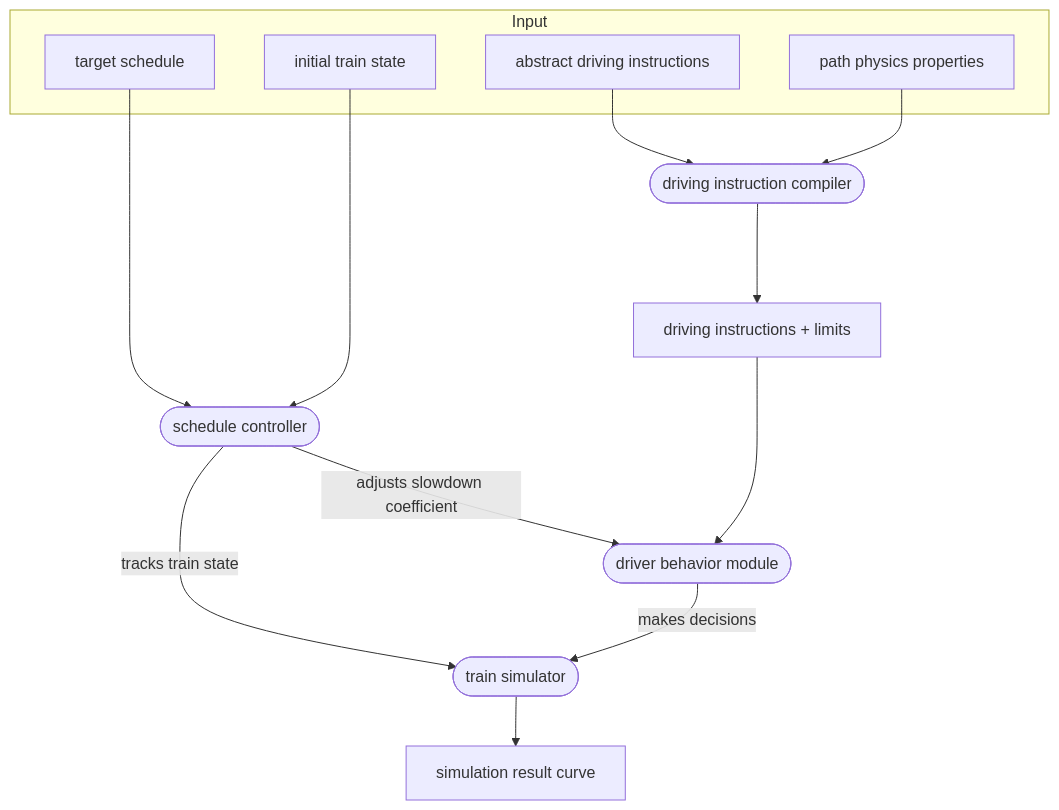
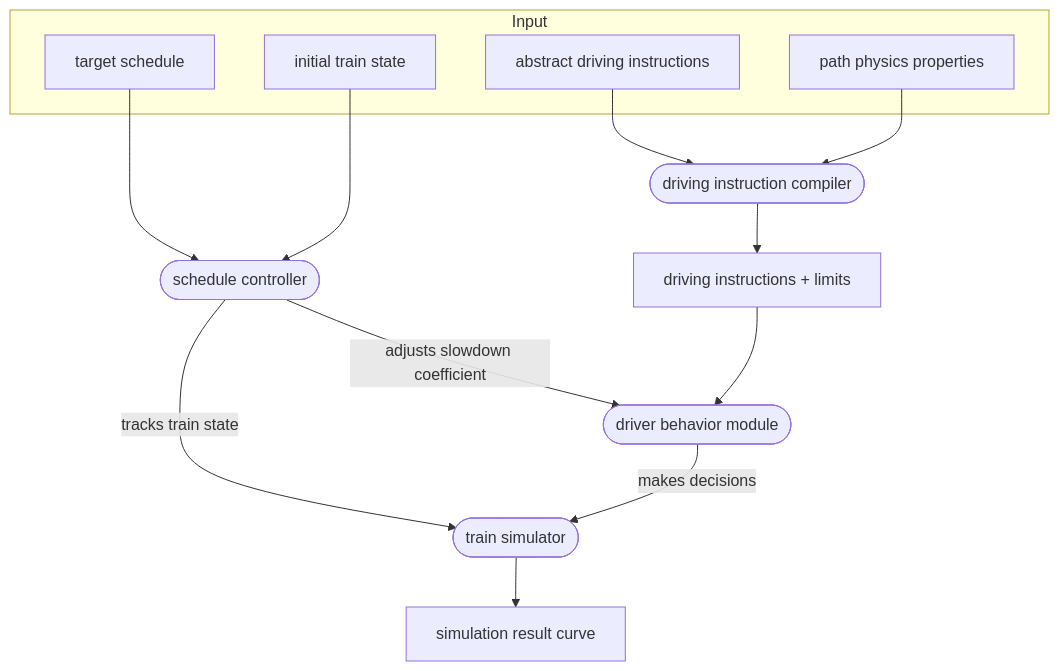
The diagram in content/docs/reference/design-docs/train-sim-v3/overview.en.md (OpenRailAssociation/osrd-website), drawn with Mermaid before and after one commit. The commit also changed other lines of this file, not shown here.

````diff
--- a/content/docs/reference/design-docs/train-sim-v3/overview.en.md
+++ b/content/docs/reference/design-docs/train-sim-v3/overview.en.md
@@ -37,31 +37,31 @@
 ```mermaid
 flowchart TD
 subgraph Input
     InitTrainState[initial train state]
     PathPhysicsProps[path physics properties]
     AbstractDrivingInstructions[abstract driving instructions]
     TargetSchedule[target schedule]
 end
 
 DrivingInstructionCompiler([driving instruction compiler])
 ConcreteDrivingInstructions[driving instructions + limits]
 ScheduleController([schedule controller])
 DriverBehaviorModule([driver behavior module])
 
 TargetSchedule --> ScheduleController
 ScheduleController -- adjusts slowdown coefficient --> DriverBehaviorModule
 AbstractDrivingInstructions --> DrivingInstructionCompiler
 PathPhysicsProps --> DrivingInstructionCompiler
 ScheduleController -- tracks train state --> TrainSim
 
 DriverBehaviorModule -- makes decisions --> TrainSim
-ConcreteDrivingInstructions ---> DriverBehaviorModule
-DrivingInstructionCompiler ---> ConcreteDrivingInstructions
+ConcreteDrivingInstructions --> DriverBehaviorModule
+DrivingInstructionCompiler --> ConcreteDrivingInstructions
 
-InitTrainState ---> ScheduleController
+InitTrainState --> ScheduleController
 
 TrainSim --> SimResults
 
 TrainSim([train simulator])
 SimResults[simulation result curve]
 ```
````
